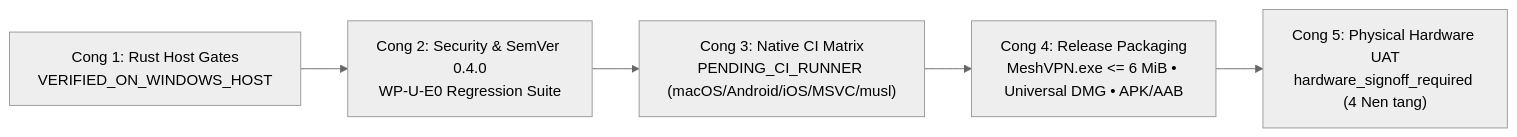
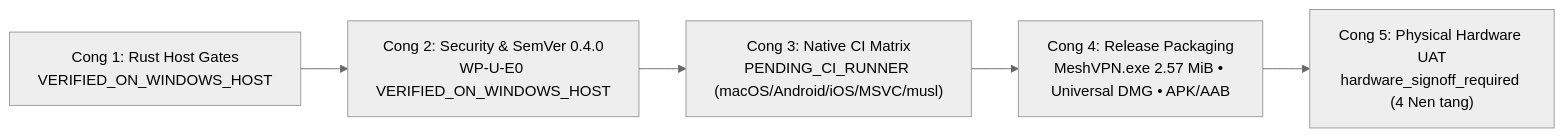
The diagram in docs/06-operations/unified-ui-go-live-checklist.md (nguyenvando420-spec/mesh-vpn), drawn with Mermaid (neutral theme) before and after one commit. The commit also changed other lines of this file and 47 other files, not shown here.

First line of the commit message:
feat(ui): complete v0.4.0 security suite and Gate 3 fixes

````diff
--- a/docs/06-operations/unified-ui-go-live-checklist.md
+++ b/docs/06-operations/unified-ui-go-live-checklist.md
@@ -17,10 +17,10 @@
 ```mermaid
 flowchart LR
     G1["Cong 1: Rust Host Gates\nVERIFIED_ON_WINDOWS_HOST"]
-    G2["Cong 2: Security & SemVer 0.4.0\nWP-U-E0 Regression Suite"]
+    G2["Cong 2: Security & SemVer 0.4.0\nWP-U-E0 VERIFIED_ON_WINDOWS_HOST"]
     G3["Cong 3: Native CI Matrix\nPENDING_CI_RUNNER (macOS/Android/iOS/MSVC/musl)"]
-    G4["Cong 4: Release Packaging\nMeshVPN.exe <= 6 MiB • Universal DMG • APK/AAB"]
+    G4["Cong 4: Release Packaging\nMeshVPN.exe 2.57 MiB • Universal DMG • APK/AAB"]
     G5["Cong 5: Physical Hardware UAT\nhardware_signoff_required (4 Nen tang)"]
 
     G1 --> G2 --> G3 --> G4 --> G5
 ```
````
